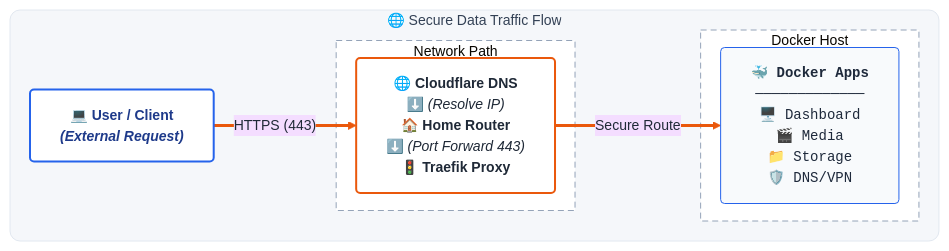
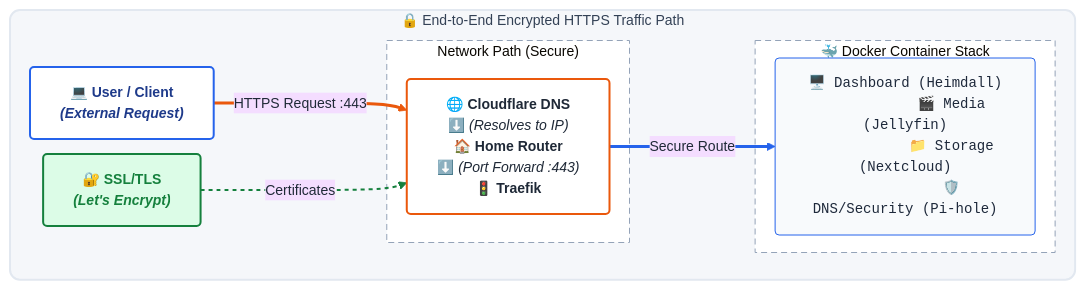
The second of 2 diagrams in README.md (charan-altro/self-host-lab), drawn with Mermaid before and after one commit. The commit also changed other lines of this file, not shown here.

````diff
--- a/README.md
+++ b/README.md
@@ -64,58 +62,64 @@
 ```mermaid
 %%{init: {
   'theme': 'base',
   'themeVariables': {
     'background': '#F5F7FA',
     'primaryTextColor': '#1F2937',
     'lineColor': '#64748B',
     'fontSize': '14px'
   },
   'flowchart': { 'rankSpacing': 15, 'nodeSpacing': 15 }
 }}%%
 flowchart LR
     %% --- STYLES ---
     classDef client fill:#FFFFFF,stroke:#2563EB,stroke-width:2px,color:#1E3A8A,rx:4,ry:4,font-weight:bold,shadow:true
     classDef netStack fill:#FFFFFF,stroke:#EA580C,stroke-width:2px,color:#1F2937,rx:4,ry:4,shadow:true,align:center
     classDef appStack fill:#F8FAFC,stroke:#2563EB,stroke-width:1px,color:#1E293B,rx:4,ry:4,align:left,font-family:monospace
+    classDef lock fill:#DCFCE7,stroke:#15803D,stroke-width:2px,color:#15803D,rx:4,ry:4,font-weight:bold
     
     %% --- STRUCTURE ---
-    subgraph Traffic ["🌐 Secure Data Traffic Flow"]
+    subgraph Traffic ["🔒 End-to-End Encrypted HTTPS Traffic Path"]
         direction LR
 
         %% 1. USER
         User["💻 <b>User / Client</b>
         <i>(External Request)</i>"]:::client
 
-        %% 2. NETWORK STACK (Forced Vertical)
-        subgraph NetLayer ["Network Path"]
+        %% 2. NETWORK STACK
+        subgraph NetLayer ["Network Path (Secure)"]
             Stack["🌐 <b>Cloudflare DNS</b>
-            ⬇️ <i>(Resolve IP)</i>
+            ⬇️ <i>(Resolves to IP)</i>
             🏠 <b>Home Router</b>
-            ⬇️ <i>(Port Forward 443)</i>
-            🚦 <b>Traefik Proxy</b>"]:::netStack
+            ⬇️ <i>(Port Forward :443)</i>
+            🚦 <b>Traefik</b>"]:::netStack
         end
 
         %% 3. APPS
-        subgraph Server ["Docker Host"]
-            Apps["🐳 <b>Docker Apps</b>
-            ─────────────
-            🖥️ Dashboard
-            🎬 Media
-            📁 Storage
-            🛡️ DNS/VPN"]:::appStack
+        subgraph Server ["🐳 Docker Container Stack"]
+            Apps["
+            🖥️ Dashboard (Heimdall)
+            🎬 Media (Jellyfin)
+            📁 Storage (Nextcloud)
+            🛡️ DNS/Security (Pi-hole)"]:::appStack
         end
+
+        %% 4. SSL
+        SSL["🔐 <b>SSL/TLS</b>
+        <i>(Let's Encrypt)</i>"]:::lock
     end
 
     %% --- CONNECTIONS ---
-    User ==>|"HTTPS (443)"| Stack
+    User ==>|"HTTPS Request :443"| Stack
+    SSL -.->|"Certificates"| Stack
     Stack ==>|"Secure Route"| Apps
 
     %% --- STYLES ---
-    linkStyle 0,1 stroke:#EA580C,stroke-width:3px
+    linkStyle 0 stroke:#EA580C,stroke-width:3px
+    linkStyle 1 stroke:#15803D,stroke-width:2px,stroke-dasharray: 4 4
+    linkStyle 2 stroke:#2563EB,stroke-width:3px
     
-    %% Container Style
-    classDef masterZone fill:#F5F7FA,stroke:#E2E8F0,stroke-width:1px,rx:10,ry:10,color:#334155
+    classDef masterZone fill:#F5F7FA,stroke:#E2E8F0,stroke-width:2px,rx:10,ry:10,color:#334155
+    classDef innerZone fill:#FFFFFF,stroke:#94A3B8,stroke-width:1px,stroke-dasharray: 6 4
     class Traffic masterZone
     class NetLayer,Server innerZone
-    classDef innerZone fill:#FFFFFF,stroke:#94A3B8,stroke-width:1px,stroke-dasharray: 6 4
 ```
````
